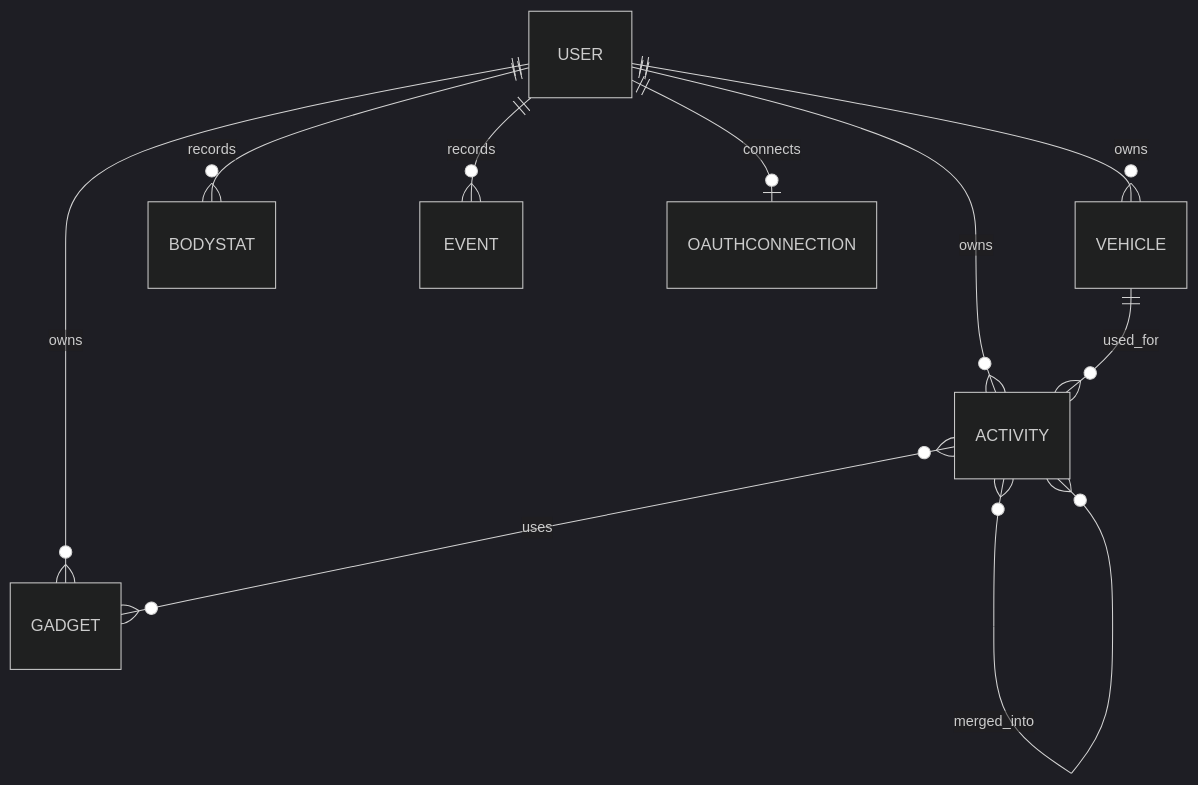
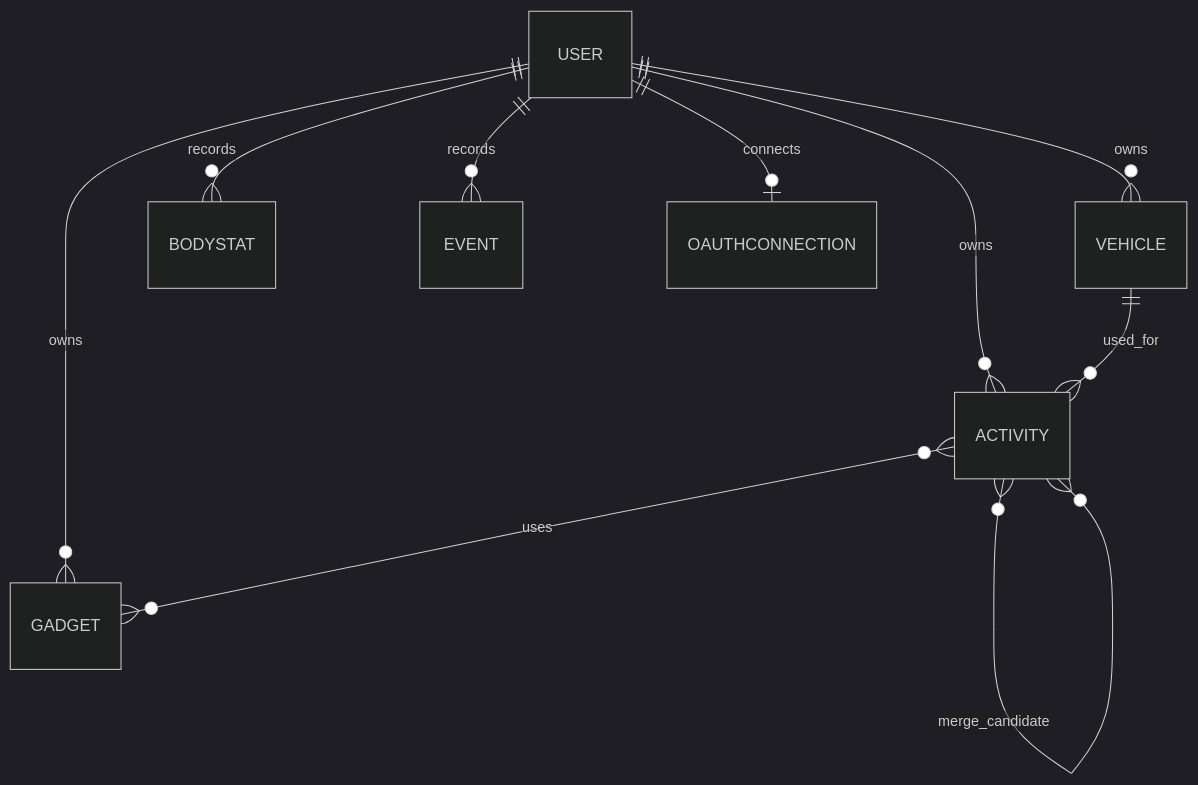
Before and after one commit to NRG-Drink/athlify: the diagram in docs/concept/data-model.md, drawn with Mermaid (dark theme). The commit also changed other lines of this file and 17 other files, not shown here.

````diff
--- a/docs/concept/data-model.md
+++ b/docs/concept/data-model.md
@@ -87,12 +109,12 @@
 ```mermaid
 erDiagram
     USER ||--o{ ACTIVITY : owns
     USER ||--o{ VEHICLE : owns
     USER ||--o{ GADGET : owns
     USER ||--o{ BODYSTAT : records
     USER ||--o{ EVENT : records
     USER ||--o| OAUTHCONNECTION : connects
     VEHICLE ||--o{ ACTIVITY : used_for
     ACTIVITY }o--o{ GADGET : uses
-    ACTIVITY }o--o{ ACTIVITY : merged_into
+    ACTIVITY }o--o{ ACTIVITY : merge_candidate
 ```
````
